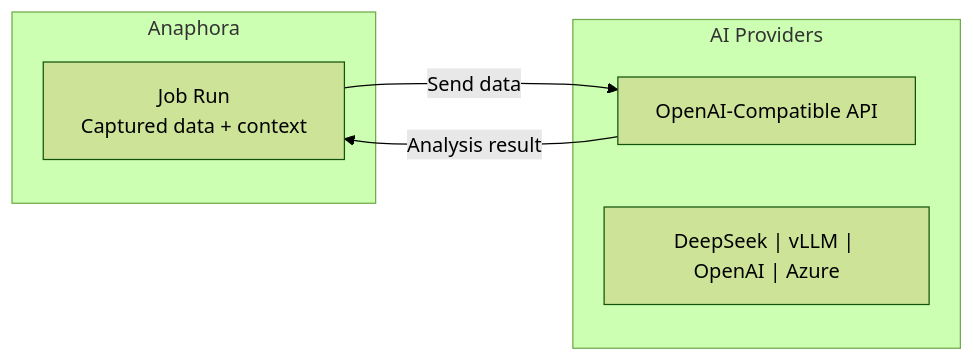
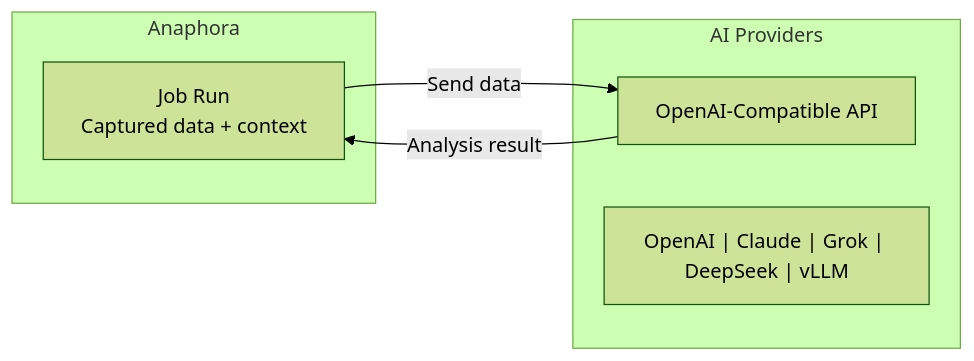
One commit to beshu-tech/anaphora-docs changed the diagram in versioned_docs/version-stable/administration/ai-providers.md. Above: the diagram before and after it, drawn with Mermaid (forest theme). The commit also changed other lines of this file and 1 other file, not shown here.

````diff
--- a/versioned_docs/version-stable/administration/ai-providers.md
+++ b/versioned_docs/version-stable/administration/ai-providers.md
@@ -20,14 +20,14 @@
 ```mermaid
 flowchart LR
     subgraph anaphora["Anaphora"]
         job["Job Run<br/>Captured data + context"]
     end
 
     subgraph providers["AI Providers"]
         api["OpenAI-Compatible API"]
-        examples["DeepSeek | vLLM | OpenAI | Azure"]
+        examples["OpenAI | Claude | Grok | DeepSeek | vLLM"]
     end
 
     job -- "Send data" --> api
     api -- "Analysis result" --> job
 ```
````
